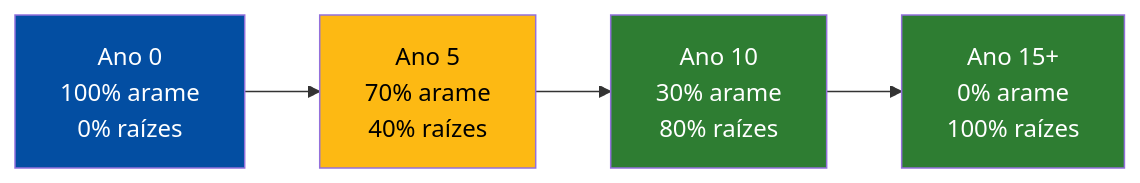
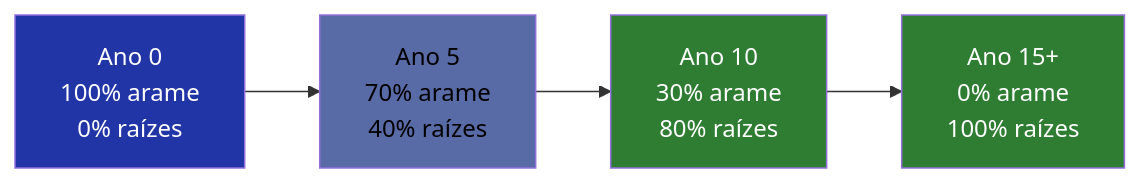
One commit to ldvsantos/cv changed the first of 6 diagrams in aulas/bioengenharia_de_solos/aulas/gabiao_vivo/gabiao_vivo.qmd. Above: the diagram before and after it, drawn with Mermaid. The commit also changed other lines of this file and 466 other files, not shown here.

````diff
--- a/aulas/bioengenharia_de_solos/aulas/gabiao_vivo/gabiao_vivo.qmd
+++ b/aulas/bioengenharia_de_solos/aulas/gabiao_vivo/gabiao_vivo.qmd
@@ -74,11 +72,11 @@
 ```{mermaid}
 %%| fig-width: 5
 graph LR
     A["Ano 0<br>100% arame<br>0% raízes"] --> B["Ano 5<br>70% arame<br>40% raízes"]
     B --> C["Ano 10<br>30% arame<br>80% raízes"]
     C --> D["Ano 15+<br>0% arame<br>100% raízes"]
-    style A fill:#034EA2,color:#fff
-    style B fill:#FDB913,color:#000
+    style A fill:#2135A6,color:#fff
+    style B fill:#586BA6,color:#000
     style C fill:#2E7D32,color:#fff
     style D fill:#2E7D32,color:#fff
 ```
````
